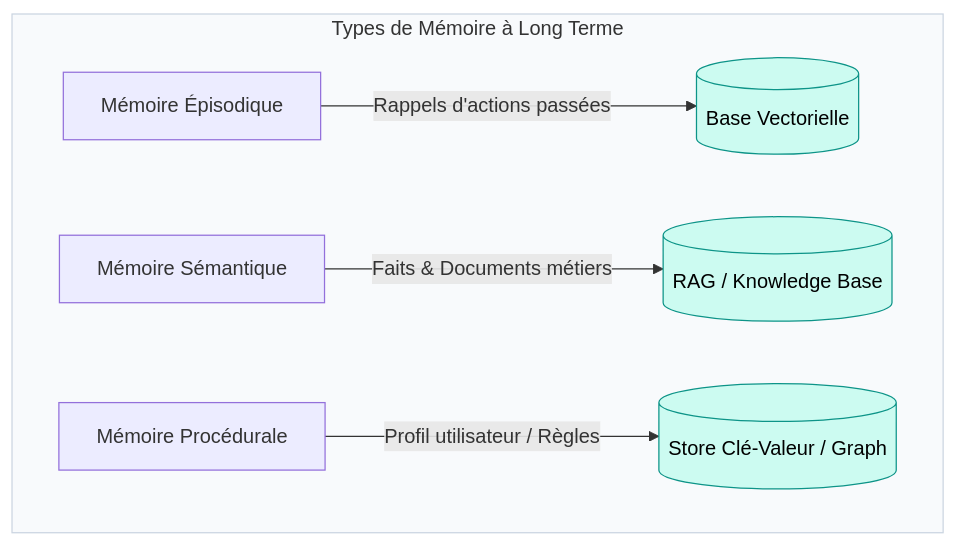
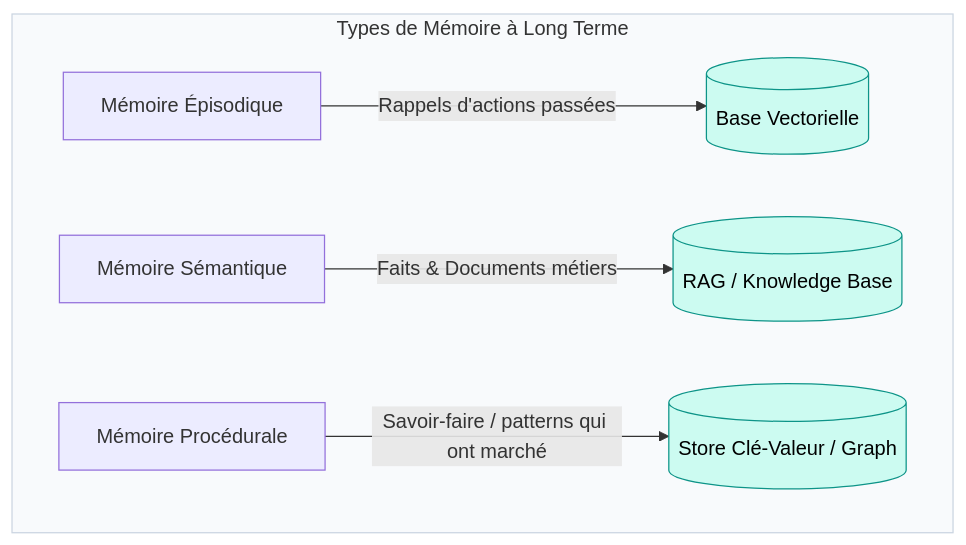
The third of 4 diagrams in slides.md (barais/agentic.module3), drawn with Mermaid before and after one commit. The commit also changed other lines of this file, not shown here.

````diff
--- a/slides.md
+++ b/slides.md
@@ -272,13 +279,13 @@
 ```mermaid  {scale: 0.7}
 graph TD
     subgraph LT_MEMORY ["Types de Mémoire à Long Terme"]
         A[Mémoire Épisodique] -->|Rappels d'actions passées| V[(Base Vectorielle)]
         B[Mémoire Sémantique] -->|Faits & Documents métiers| R[(RAG / Knowledge Base)]
-        C[Mémoire Procédurale] -->|Profil utilisateur / Règles| KV[(Store Clé-Valeur / Graph)]
+        C[Mémoire Procédurale] -->|Savoir-faire / patterns qui ont marché| KV[(Store Clé-Valeur / Graph)]
     end
     
     style LT_MEMORY fill:#f8fafc,stroke:#cbd5e1
     style V fill:#ccfbf1,stroke:#0d9488,color:#000
     style R fill:#ccfbf1,stroke:#0d9488,color:#000
     style KV fill:#ccfbf1,stroke:#0d9488,color:#000
 ```
````
